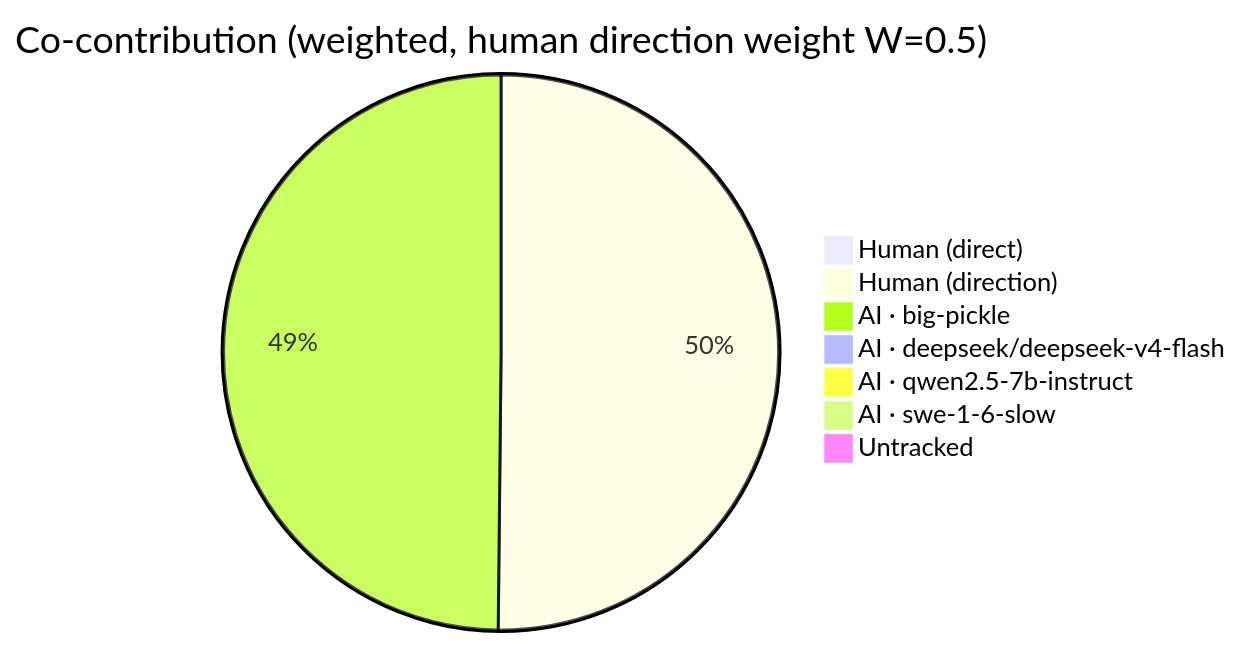
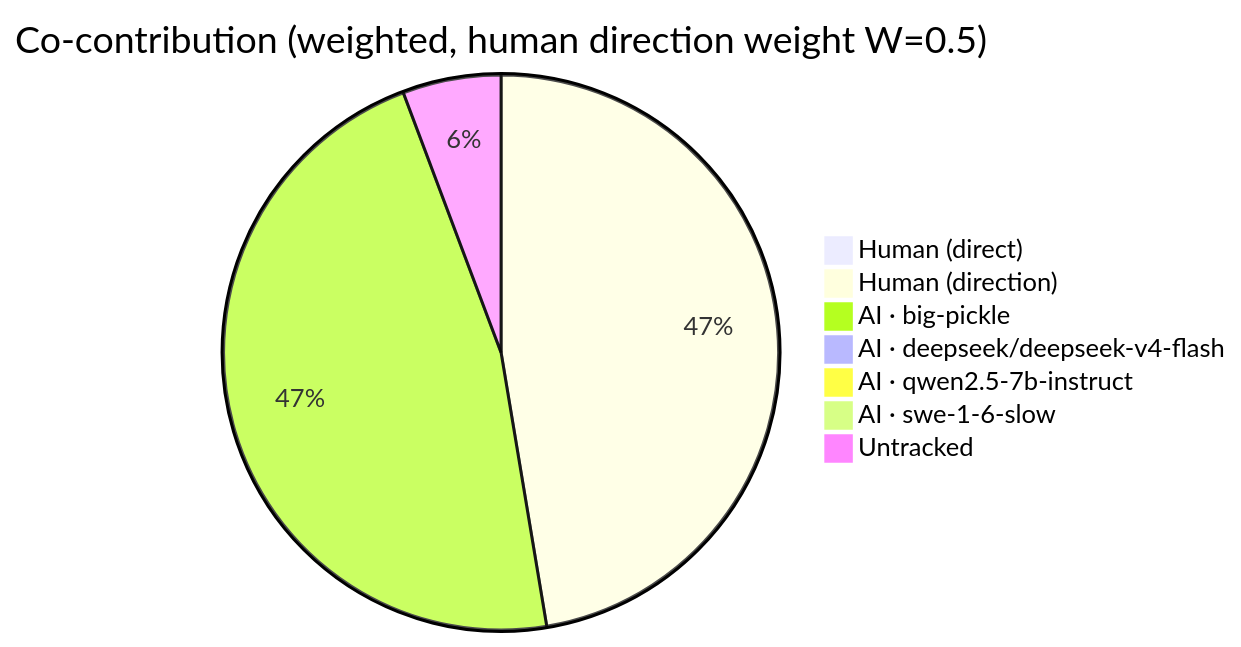
Before and after one commit to CaliMark/game-of-life: the first of 5 diagrams in AI-AUTHORSHIP.md, drawn with Mermaid. The commit also changed other lines of this file and 1 other file, not shown here.

````diff
--- a/AI-AUTHORSHIP.md
+++ b/AI-AUTHORSHIP.md
@@ -23,10 +23,10 @@
 ```mermaid
 pie title Co-contribution (weighted, human direction weight W=0.5)
     "Human (direct)" : 1
-    "Human (direction)" : 305
+    "Human (direction)" : 306
     "AI · big-pickle" : 303
     "AI · deepseek/deepseek-v4-flash" : 1
     "AI · qwen2.5-7b-instruct" : 1
     "AI · swe-1-6-slow" : 1
-    "Untracked" : 1
+    "Untracked" : 37
 ```
````
